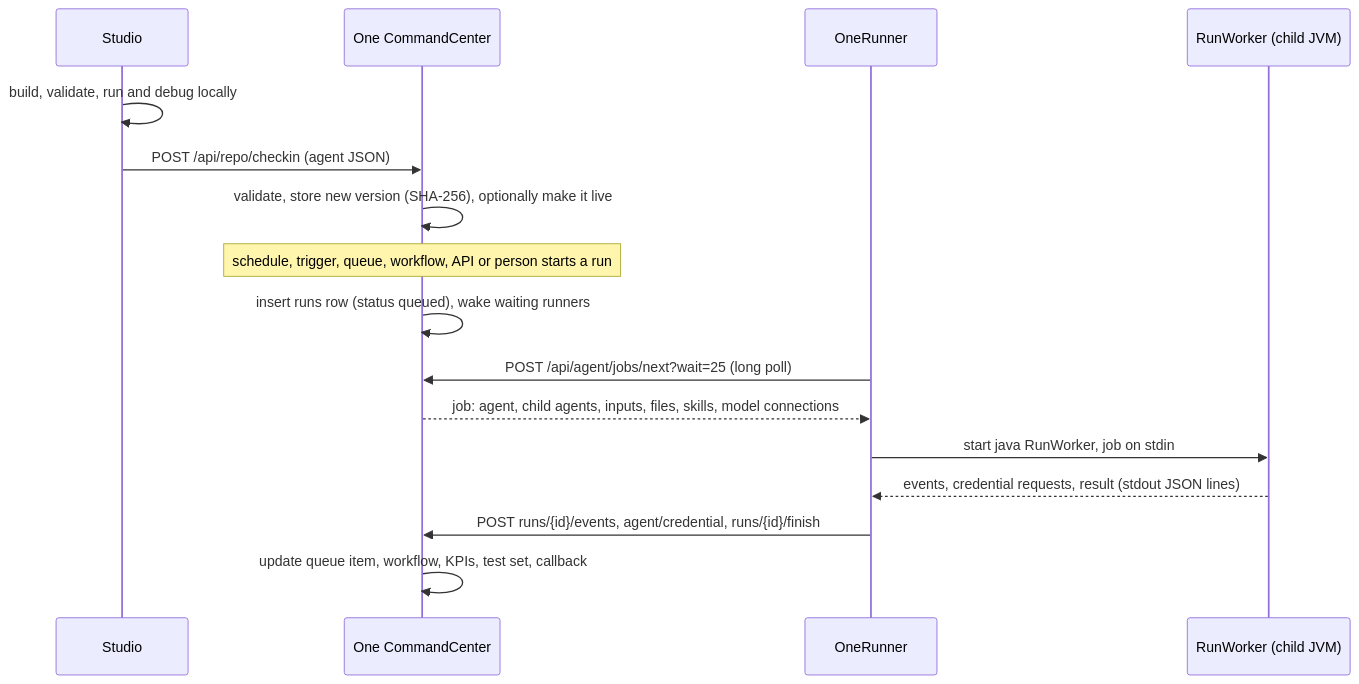
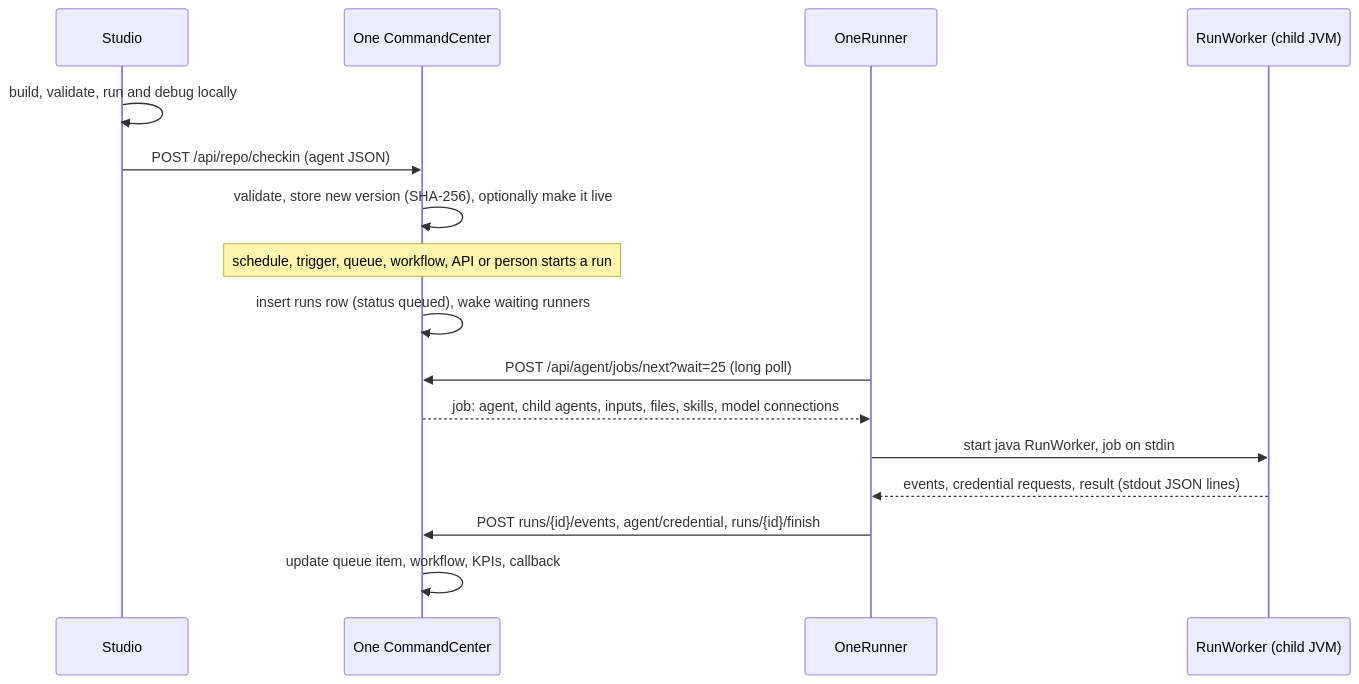
Before and after one commit to OneOfficeautomation-Private-Limited/OneOfficeAutomation-Platform: the second of 3 diagrams in docs/architecture/01-system-overview.md, drawn with Mermaid. The commit also changed 59 other files, not shown here.

````diff
--- a/docs/architecture/01-system-overview.md
+++ b/docs/architecture/01-system-overview.md
@@ -106,18 +106,18 @@
 ```mermaid
 sequenceDiagram
     participant S as Studio
     participant C as One CommandCenter
     participant R as OneRunner
     participant W as RunWorker (child JVM)
     S->>S: build, validate, run and debug locally
     S->>C: POST /api/repo/checkin (agent JSON)
     C->>C: validate, store new version (SHA-256), optionally make it live
     Note over C: schedule, trigger, queue, workflow, API or person starts a run
     C->>C: insert runs row (status queued), wake waiting runners
     R->>C: POST /api/agent/jobs/next?wait=25 (long poll)
     C-->>R: job: agent, child agents, inputs, files, skills, model connections
     R->>W: start java RunWorker, job on stdin
     W-->>R: events, credential requests, result (stdout JSON lines)
     R->>C: POST runs/{id}/events, agent/credential, runs/{id}/finish
-    C->>C: update queue item, workflow, KPIs, test set, callback
+    C->>C: update queue item, workflow, KPIs, callback
 ```
````
